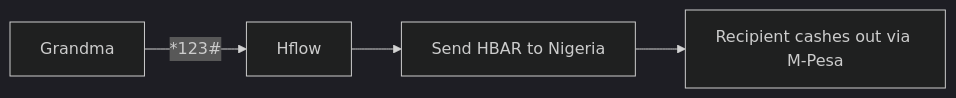
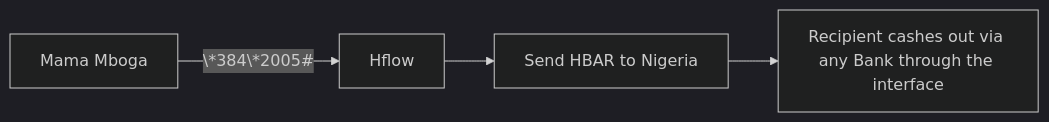
Before and after one commit to Modexia-Tech/hflow: the diagram in docs/PITCH.MD, drawn with Mermaid (dark theme). The commit also changed other lines of this file, not shown here.

````diff
--- a/docs/PITCH.MD
+++ b/docs/PITCH.MD
@@ -20,6 +20,6 @@
 ```mermaid
 flowchart LR
-    A[Grandma] -->|*123#| B[Hflow]
+    A[Mama Mboga] -->|\*384\*2005#| B[Hflow]
     B --> C[Send HBAR to Nigeria]
-    C --> D[Recipient cashes out via M-Pesa]
+    C --> D[Recipient cashes out via any Bank through the interface]
 ```
````
